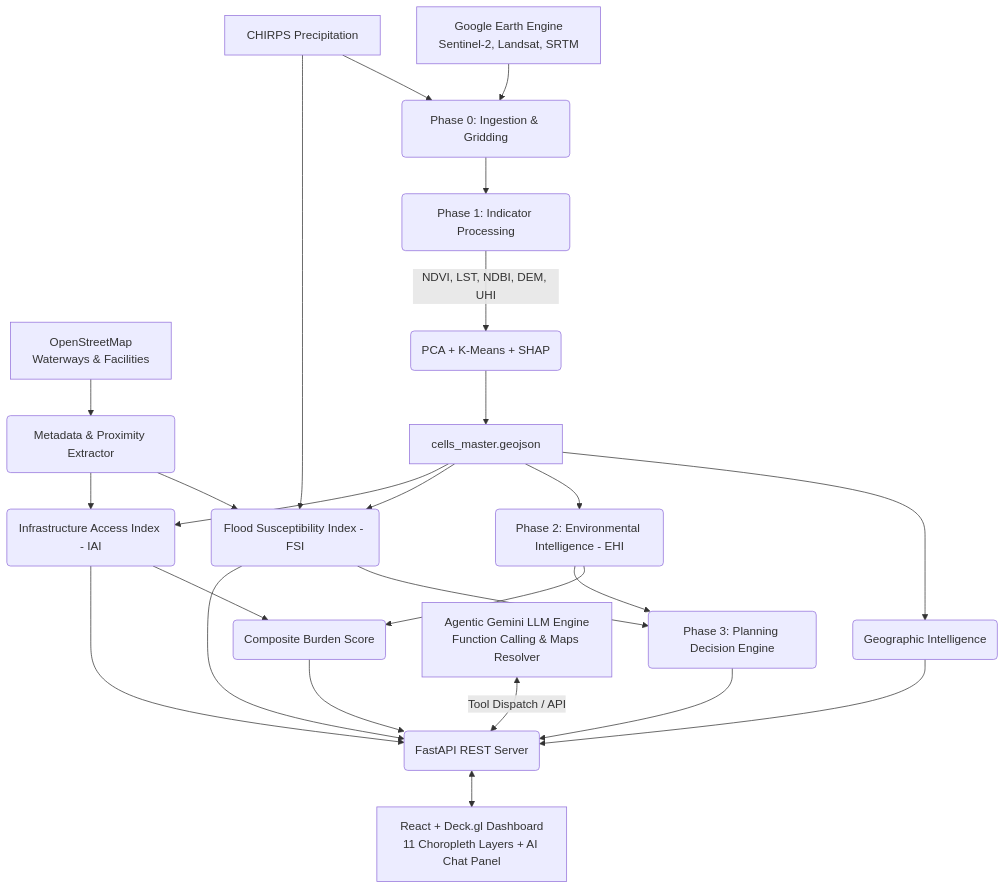
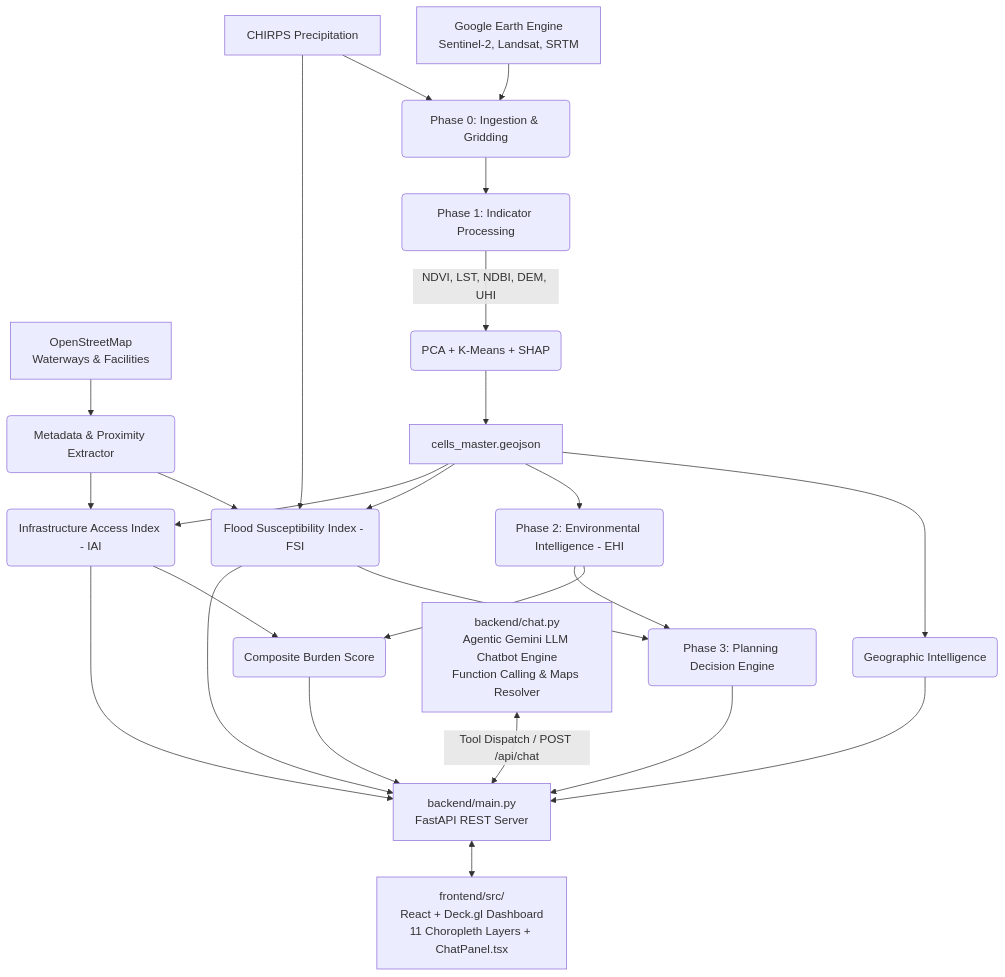
One commit to aryan4-eternity/CitySense changed the diagram in README.md. Above: the diagram before and after it, drawn with Mermaid. The commit also changed other lines of this file, not shown here.

Commit message:
ReadMe Updated

````diff
--- a/README.md
+++ b/README.md
@@ -24,25 +24,25 @@
 ```mermaid
 graph TD
     GEE[Google Earth Engine<br>Sentinel-2, Landsat, SRTM] --> ING(Phase 0: Ingestion & Gridding)
     CHIRPS[CHIRPS Precipitation] --> ING
     OSM[OpenStreetMap<br>Waterways & Facilities] --> META(Metadata & Proximity Extractor)
     
     ING --> PROC(Phase 1: Indicator Processing)
     PROC -->|NDVI, LST, NDBI, DEM, UHI| ML(PCA + K-Means + SHAP)
     ML --> MASTER[cells_master.geojson]
     
     MASTER --> P1(Geographic Intelligence)
     MASTER --> P2(Phase 2: Environmental Intelligence - EHI)
     
     MASTER & CHIRPS & META --> FSI(Flood Susceptibility Index - FSI)
     MASTER & META --> IAI(Infrastructure Access Index - IAI)
     
     P2 & IAI --> CB(Composite Burden Score)
     P2 & FSI --> P3(Phase 3: Planning Decision Engine)
     
-    P3 & CB & FSI & IAI & P1 --> API(FastAPI REST Server)
+    P3 & CB & FSI & IAI & P1 --> API[backend/main.py<br>FastAPI REST Server]
     
-    LLM[Agentic Gemini LLM Engine<br>Function Calling & Maps Resolver] <-->|Tool Dispatch / API| API
+    CHAT[backend/chat.py<br>Agentic Gemini LLM Chatbot Engine<br>Function Calling & Maps Resolver] <-->|Tool Dispatch / POST /api/chat| API
     
-    API <--> DASH[React + Deck.gl Dashboard<br>11 Choropleth Layers + AI Chat Panel]
+    API <--> DASH[frontend/src/<br>React + Deck.gl Dashboard<br>11 Choropleth Layers + ChatPanel.tsx]
 ```
````
